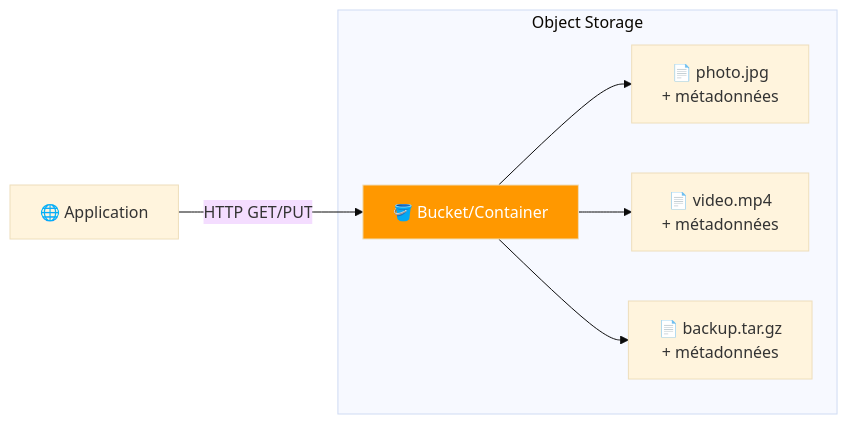
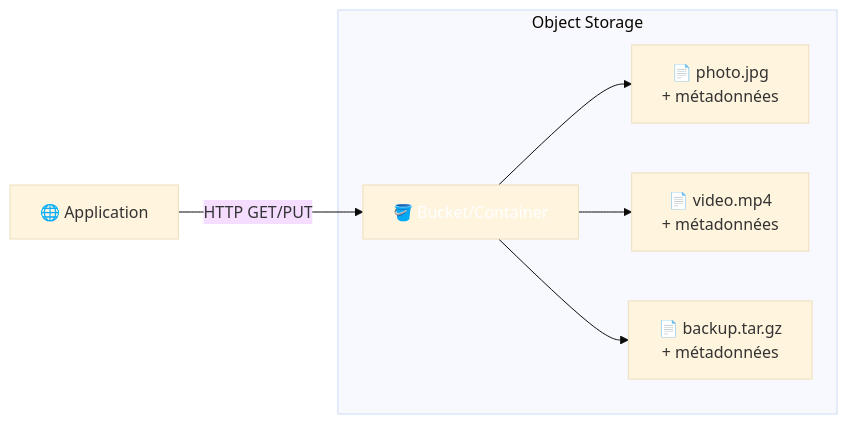
Before and after one commit to VBlackJack/ShellBook: the sixth of 9 diagrams in docs/formations/cloud-fundamentals/03-module.md, drawn with Mermaid (base theme). The commit also changed other lines of this file and 337 other files, not shown here.

First line of the commit message:
refactor(docs): Standardize code blocks and Mermaid colors

````diff
--- a/docs/formations/cloud-fundamentals/03-module.md
+++ b/docs/formations/cloud-fundamentals/03-module.md
@@ -250,17 +250,17 @@
 ```mermaid
 graph LR
     subgraph "Object Storage"
         BUCKET["🪣 Bucket/Container"]
         OBJ1["📄 photo.jpg<br/>+ métadonnées"]
         OBJ2["📄 video.mp4<br/>+ métadonnées"]
         OBJ3["📄 backup.tar.gz<br/>+ métadonnées"]
     end
 
     BUCKET --> OBJ1
     BUCKET --> OBJ2
     BUCKET --> OBJ3
 
     APP["🌐 Application"] -->|"HTTP GET/PUT"| BUCKET
 
-    style BUCKET fill:#ff9800,color:#fff
+    style BUCKET fill:#FF9800800800,color:#fff
 ```
````
